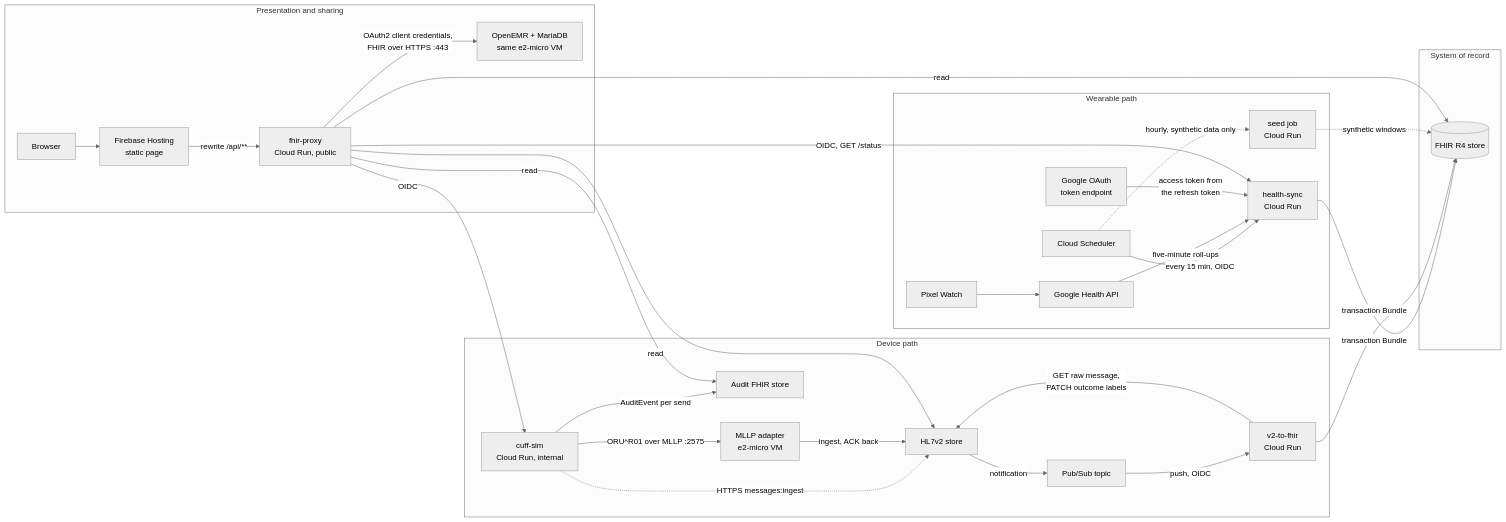
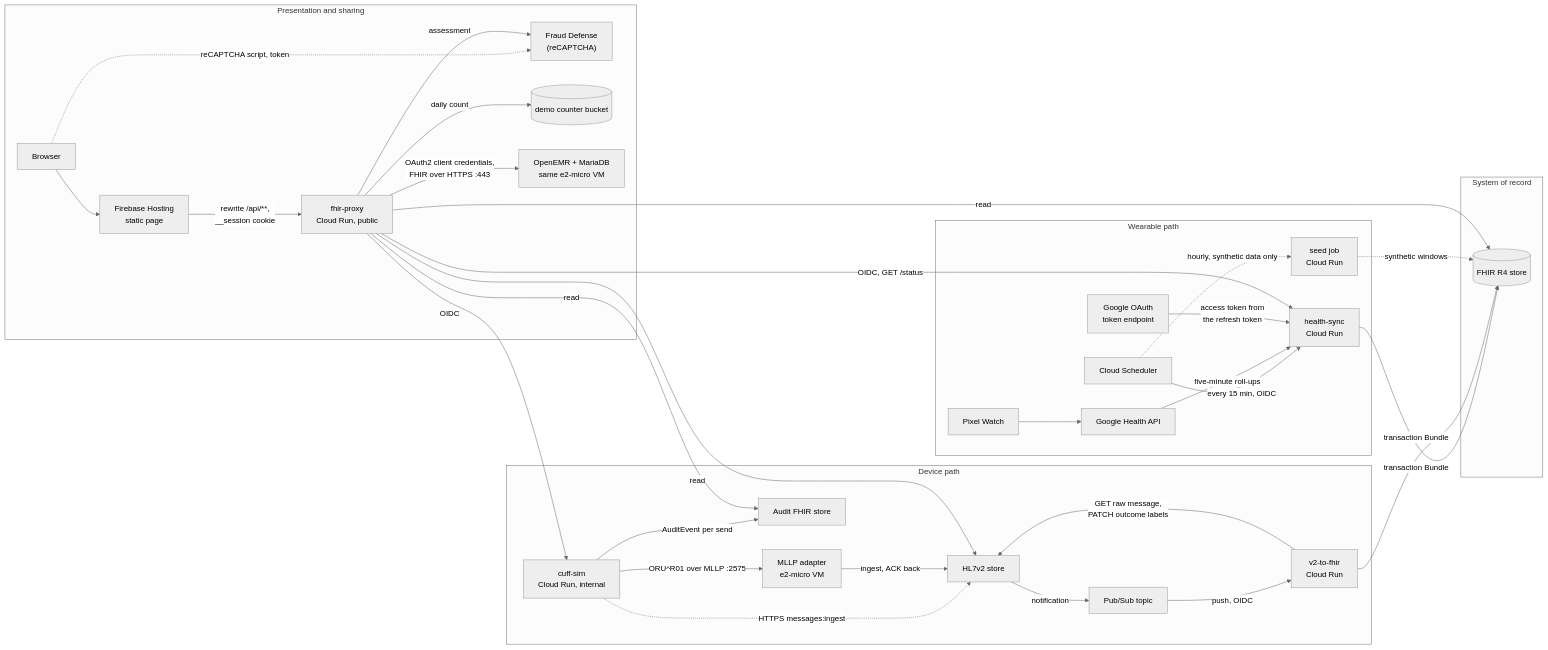
The diagram in README.md (nick-delgado/pulsebridge), drawn with Mermaid (neutral theme) before and after one commit. The commit also changed other lines of this file, not shown here.

First line of the commit message:
README: the public demo (access, limits, window, cost, privacy note, known gap) and status

````diff
--- a/README.md
+++ b/README.md
@@ -38,38 +38,41 @@
 ```mermaid
 flowchart LR
   subgraph wearable["Wearable path"]
     watch["Pixel Watch"] --> gh["Google Health API"]
     sched["Cloud Scheduler"] -->|"every 15 min, OIDC"| hs["health-sync<br/>Cloud Run"]
     gh -->|"five-minute roll-ups"| hs
     goauth["Google OAuth<br/>token endpoint"] -->|"access token from<br/>the refresh token"| hs
     sched -.->|"hourly, synthetic data only"| seed["seed job<br/>Cloud Run"]
   end
 
   subgraph device["Device path"]
     cuff["cuff-sim<br/>Cloud Run, internal"] -->|"ORU^R01 over MLLP :2575"| mllp["MLLP adapter<br/>e2-micro VM"]
     cuff -.->|"HTTPS messages:ingest"| hl7["HL7v2 store"]
     mllp -->|"ingest, ACK back"| hl7
     hl7 -->|"notification"| ps["Pub/Sub topic"]
     ps -->|"push, OIDC"| v2f["v2-to-fhir<br/>Cloud Run"]
     v2f -->|"GET raw message,<br/>PATCH outcome labels"| hl7
     cuff -->|"AuditEvent per send"| audit["Audit FHIR store"]
   end
 
   subgraph record["System of record"]
     fhir[("FHIR R4 store")]
   end
   hs -->|"transaction Bundle"| fhir
   v2f -->|"transaction Bundle"| fhir
   seed -.->|"synthetic windows"| fhir
 
   subgraph front["Presentation and sharing"]
     browser["Browser"] --> hosting["Firebase Hosting<br/>static page"]
-    hosting -->|"rewrite /api/**"| proxy["fhir-proxy<br/>Cloud Run, public"]
+    browser -.->|"reCAPTCHA script, token"| fd["Fraud Defense<br/>(reCAPTCHA)"]
+    hosting -->|"rewrite /api/**,<br/>__session cookie"| proxy["fhir-proxy<br/>Cloud Run, public"]
+    proxy -->|"assessment"| fd
+    proxy -->|"daily count"| counter[("demo counter bucket")]
     proxy -->|"read"| fhir
     proxy -->|"read"| audit
     proxy -->|"read"| hl7
     proxy -->|"OIDC"| cuff
     proxy -->|"OIDC, GET /status"| hs
     proxy -->|"OAuth2 client credentials,<br/>FHIR over HTTPS :443"| emr["OpenEMR + MariaDB<br/>same e2-micro VM"]
   end
 ```
````
